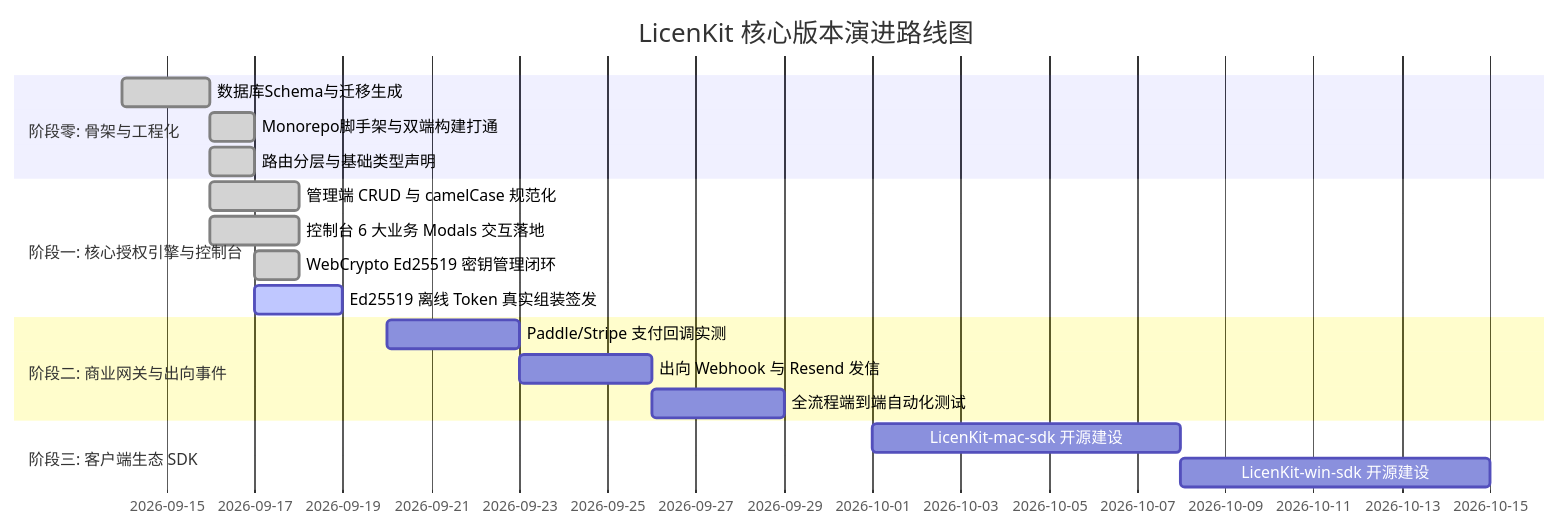
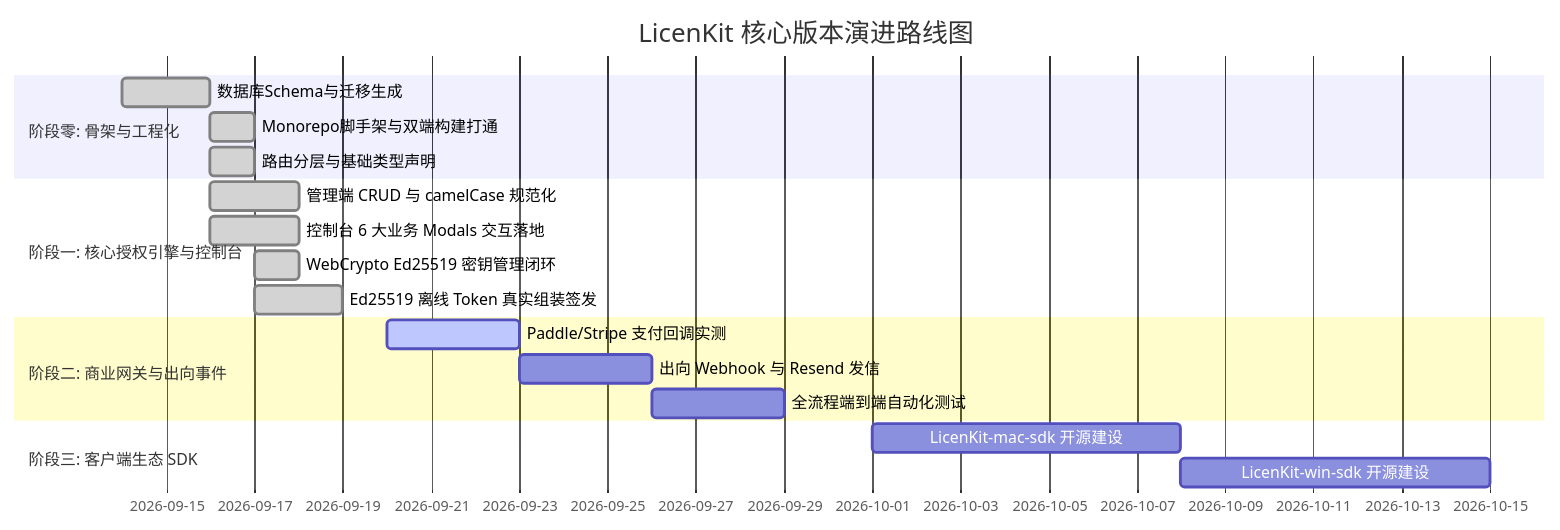
The diagram in docs/zh-CN/development_plan.md (LicenKit/licenkit), drawn with Mermaid before and after one commit. The commit also changed other lines of this file and 9 other files, not shown here.

````diff
--- a/docs/zh-CN/development_plan.md
+++ b/docs/zh-CN/development_plan.md
@@ -164,21 +163,21 @@
 ```mermaid
 gantt
     title LicenKit 核心版本演进路线图
     dateFormat  YYYY-MM-DD
     section 阶段零: 骨架与工程化
     数据库Schema与迁移生成      :done, p0_1, 2026-09-14, 2d
     Monorepo脚手架与双端构建打通 :done, p0_2, 2026-09-16, 1d
     路由分层与基础类型声明      :done, p0_3, 2026-09-16, 1d
     section 阶段一: 核心授权引擎与控制台
     管理端 CRUD 与 camelCase 规范化 :done, p1_1, 2026-09-16, 2d
     控制台 6 大业务 Modals 交互落地 :done, p1_2, 2026-09-16, 2d
     WebCrypto Ed25519 密钥管理闭环  :done, p1_3, 2026-09-17, 1d
-    Ed25519 离线 Token 真实组装签发 :active, p1_4, 2026-09-17, 2d
+    Ed25519 离线 Token 真实组装签发 :done, p1_4, 2026-09-17, 2d
     section 阶段二: 商业网关与出向事件
-    Paddle/Stripe 支付回调实测   :p2_1, 2026-09-20, 3d
+    Paddle/Stripe 支付回调实测   :active, p2_1, 2026-09-20, 3d
     出向 Webhook 与 Resend 发信   :p2_2, 2026-09-23, 3d
     全流程端到端自动化测试       :p2_3, 2026-09-26, 3d
     section 阶段三: 客户端生态 SDK
     LicenKit-mac-sdk 开源建设    :p3_1, 2026-10-01, 7d
     LicenKit-win-sdk 开源建设    :p3_2, 2026-10-08, 7d
 ```
````
